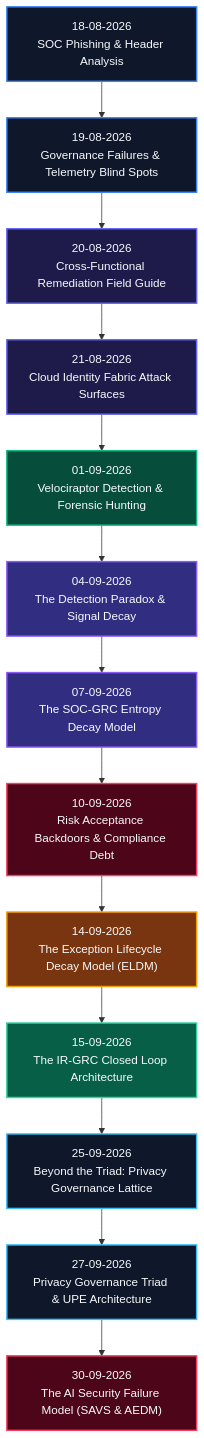
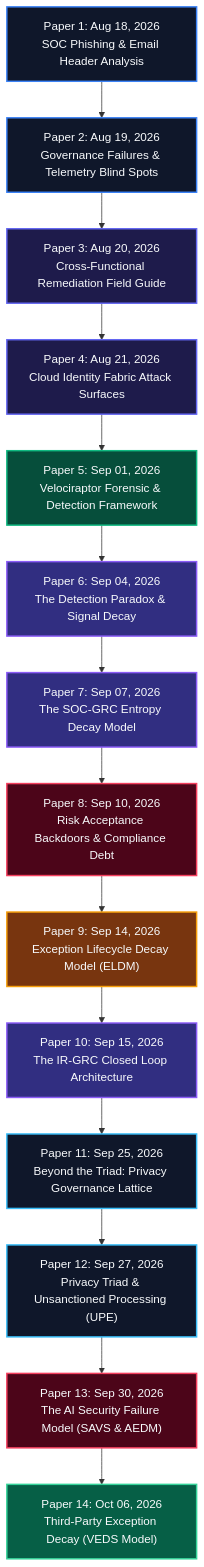
The first of 3 diagrams in README.md (hiro001-eth/What-I-Learned-Today-on-SOC-GRC-), drawn with Mermaid before and after one commit. The commit also changed other lines of this file and 1 other file, not shown here.

Commit message:
Publish Paper 14: Third Party Exception Decay Problem (VEDS Model) & update README.md

````diff
--- a/README.md
+++ b/README.md
@@ -30,35 +44,36 @@
 ```mermaid
 graph TD
-    AUG18["18-08-2026<br/>SOC Phishing & Header Analysis"] --> AUG19["19-08-2026<br/>Governance Failures & Telemetry Blind Spots"]
-    AUG19 --> AUG20["20-08-2026<br/>Cross-Functional Remediation Field Guide"]
-    AUG20 --> AUG21["21-08-2026<br/>Cloud Identity Fabric Attack Surfaces"]
-    AUG21 --> SEP01["01-09-2026<br/>Velociraptor Detection & Forensic Hunting"]
-    SEP01 --> SEP04["04-09-2026<br/>The Detection Paradox & Signal Decay"]
-    SEP04 --> SEP07["07-09-2026<br/>The SOC-GRC Entropy Decay Model"]
-    SEP07 --> SEP10["10-09-2026<br/>Risk Acceptance Backdoors & Compliance Debt"]
-    SEP10 --> SEP14["14-09-2026<br/>The Exception Lifecycle Decay Model (ELDM)"]
-    SEP14 --> SEP15["15-09-2026<br/>The IR-GRC Closed Loop Architecture"]
-    SEP15 --> SEP25["25-09-2026<br/>Beyond the Triad: Privacy Governance Lattice"]
-    SEP25 --> SEP27["27-09-2026<br/>Privacy Governance Triad & UPE Architecture"]
-    SEP27 --> SEP30["30-09-2026<br/>The AI Security Failure Model (SAVS & AEDM)"]
+    AUG18["Paper 1: Aug 18, 2026<br/>SOC Phishing & Email Header Analysis"] --> AUG19["Paper 2: Aug 19, 2026<br/>Governance Failures & Telemetry Blind Spots"]
+    AUG19 --> AUG20["Paper 3: Aug 20, 2026<br/>Cross-Functional Remediation Field Guide"]
+    AUG20 --> AUG21["Paper 4: Aug 21, 2026<br/>Cloud Identity Fabric Attack Surfaces"]
+    AUG21 --> SEP01["Paper 5: Sep 01, 2026<br/>Velociraptor Forensic & Detection Framework"]
+    SEP01 --> SEP04["Paper 6: Sep 04, 2026<br/>The Detection Paradox & Signal Decay"]
+    SEP04 --> SEP07["Paper 7: Sep 07, 2026<br/>The SOC-GRC Entropy Decay Model"]
+    SEP07 --> SEP10["Paper 8: Sep 10, 2026<br/>Risk Acceptance Backdoors & Compliance Debt"]
+    SEP10 --> SEP14["Paper 9: Sep 14, 2026<br/>Exception Lifecycle Decay Model (ELDM)"]
+    SEP14 --> SEP15["Paper 10: Sep 15, 2026<br/>The IR-GRC Closed Loop Architecture"]
+    SEP15 --> SEP25["Paper 11: Sep 25, 2026<br/>Beyond the Triad: Privacy Governance Lattice"]
+    SEP25 --> SEP27["Paper 12: Sep 27, 2026<br/>Privacy Triad & Unsanctioned Processing (UPE)"]
+    SEP27 --> SEP30["Paper 13: Sep 30, 2026<br/>The AI Security Failure Model (SAVS & AEDM)"]
+    SEP30 --> OCT06["Paper 14: Oct 06, 2026<br/>Third-Party Exception Decay (VEDS Model)"]
 
-    classDef default fill:#1E293B,stroke:#475569,color:#F8FAFC,stroke-width:1px;
     classDef foundation fill:#0F172A,stroke:#3B82F6,color:#F8FAFC,stroke-width:2px;
     classDef telemetry fill:#1E1B4B,stroke:#6366F1,color:#F8FAFC,stroke-width:2px;
     classDef forensics fill:#064E3B,stroke:#10B981,color:#F8FAFC,stroke-width:2px;
     classDef theoretical fill:#312E81,stroke:#8B5CF6,color:#F8FAFC,stroke-width:2px;
     classDef critical fill:#4C0519,stroke:#F43F5E,color:#F8FAFC,stroke-width:2px;
-    classDef new fill:#78350F,stroke:#F59E0B,color:#F8FAFC,stroke-width:2px;
-    classDef conclusion fill:#065F46,stroke:#34D399,color:#F8FAFC,stroke-width:2px;
-    classDef supplement fill:#0F172A,stroke:#38BDF8,color:#F8FAFC,stroke-width:2px;
+    classDef breakthrough fill:#78350F,stroke:#F59E0B,color:#F8FAFC,stroke-width:2px;
+    classDef privacy fill:#0F172A,stroke:#38BDF8,color:#F8FAFC,stroke-width:2px;
+    classDef latest fill:#065F46,stroke:#34D399,color:#F8FAFC,stroke-width:2px;
 
     class AUG18,AUG19 foundation;
     class AUG20,AUG21 telemetry;
     class SEP01 forensics;
     class SEP04,SEP07 theoretical;
     class SEP10 critical;
-    class SEP14 new;
-    class SEP15 conclusion;
-    class SEP25,SEP27 supplement;
+    class SEP14 breakthrough;
+    class SEP15 theoretical;
+    class SEP25,SEP27 privacy;
     class SEP30 critical;
+    class OCT06 latest;
 ```
````
